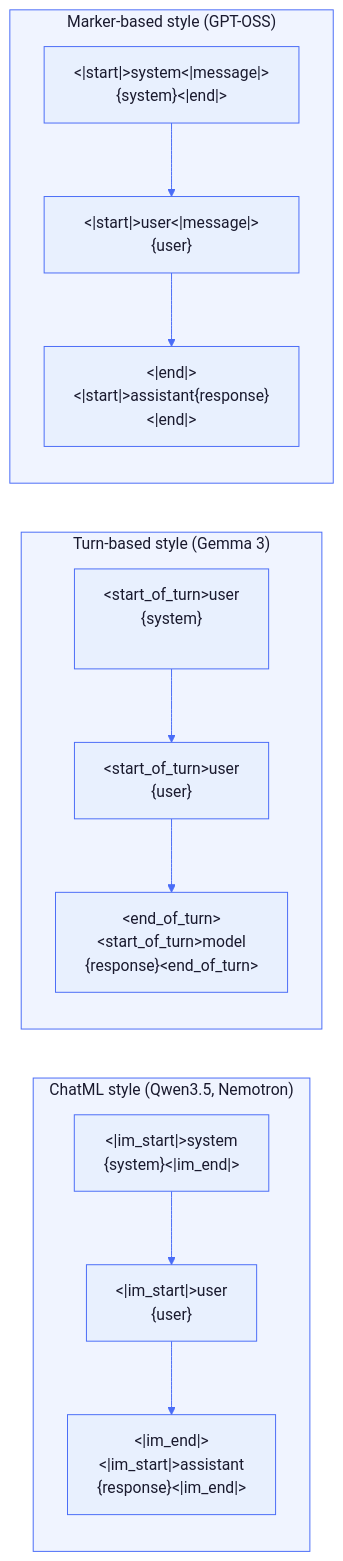
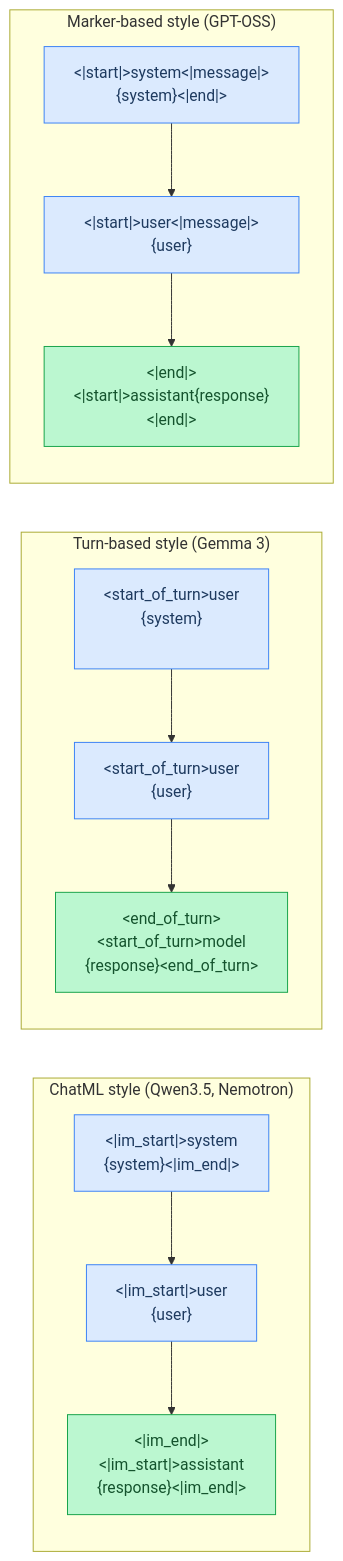
The third of 7 diagrams in docs/tutorial/15-chat-templates.md (maci0/agave), drawn with Mermaid before and after one commit. The commit also changed other lines of this file and 24 other files, not shown here.

First line of the commit message:
docs: convert all mermaid diagrams to classDef semantic colors

````diff
--- a/docs/tutorial/15-chat-templates.md
+++ b/docs/tutorial/15-chat-templates.md
@@ -197,40 +197,33 @@
 ```mermaid
-%%{init: {'theme': 'base', 'themeVariables': {
-  'primaryColor': '#e8f0fe',
-  'primaryTextColor': '#1a1a2e',
-  'primaryBorderColor': '#4a6cf7',
-  'lineColor': '#4a6cf7',
-  'secondaryColor': '#f0f4ff',
-  'tertiaryColor': '#f8f9ff',
-  'edgeLabelBackground': '#ffffff',
-  'clusterBkg': '#f0f4ff',
-  'clusterBorder': '#4a6cf7',
-  'titleColor': '#1a1a2e',
-  'nodeTextColor': '#1a1a2e',
-  'fontFamily': 'ui-monospace, SFMono-Regular, monospace'
-}}}%%
 flowchart LR
+    classDef setup     fill:#dbeafe,stroke:#3b82f6,color:#1e3a5f
+    classDef sync      fill:#dcfce7,stroke:#22c55e,color:#14532d
+    classDef migration fill:#fef9c3,stroke:#eab308,color:#713f12
+    classDef success   fill:#bbf7d0,stroke:#16a34a,color:#14532d
+    classDef danger    fill:#fee2e2,stroke:#ef4444,color:#7f1d1d
+    classDef optional  fill:#f3e8ff,stroke:#9333ea,color:#581c87
+
     subgraph ChatML["ChatML style (Qwen3.5, Nemotron)"]
         direction TB
-        CM1["&lt;|im_start|&gt;system\n{system}&lt;|im_end|&gt;\n"]
-        CM2["&lt;|im_start|&gt;user\n{user}"]
-        CM3["&lt;|im_end|&gt;\n&lt;|im_start|&gt;assistant\n{response}&lt;|im_end|&gt;\n"]
+        CM1["&lt;|im_start|&gt;system\n{system}&lt;|im_end|&gt;\n"]:::setup
+        CM2["&lt;|im_start|&gt;user\n{user}"]:::setup
+        CM3["&lt;|im_end|&gt;\n&lt;|im_start|&gt;assistant\n{response}&lt;|im_end|&gt;\n"]:::success
         CM1 --> CM2 --> CM3
     end
 
     subgraph Gemma["Turn-based style (Gemma 3)"]
         direction TB
-        G1["&lt;start_of_turn&gt;user\n{system}\n\n"]
-        G2["&lt;start_of_turn&gt;user\n{user}"]
-        G3["&lt;end_of_turn&gt;\n&lt;start_of_turn&gt;model\n{response}&lt;end_of_turn&gt;\n"]
+        G1["&lt;start_of_turn&gt;user\n{system}\n\n"]:::setup
+        G2["&lt;start_of_turn&gt;user\n{user}"]:::setup
+        G3["&lt;end_of_turn&gt;\n&lt;start_of_turn&gt;model\n{response}&lt;end_of_turn&gt;\n"]:::success
         G1 --> G2 --> G3
     end
 
     subgraph GPTOSS["Marker-based style (GPT-OSS)"]
         direction TB
-        P1["&lt;|start|&gt;system&lt;|message|&gt;{system}&lt;|end|&gt;"]
-        P2["&lt;|start|&gt;user&lt;|message|&gt;{user}"]
-        P3["&lt;|end|&gt;&lt;|start|&gt;assistant{response}&lt;|end|&gt;"]
+        P1["&lt;|start|&gt;system&lt;|message|&gt;{system}&lt;|end|&gt;"]:::setup
+        P2["&lt;|start|&gt;user&lt;|message|&gt;{user}"]:::setup
+        P3["&lt;|end|&gt;&lt;|start|&gt;assistant{response}&lt;|end|&gt;"]:::success
         P1 --> P2 --> P3
     end
 ```
````
